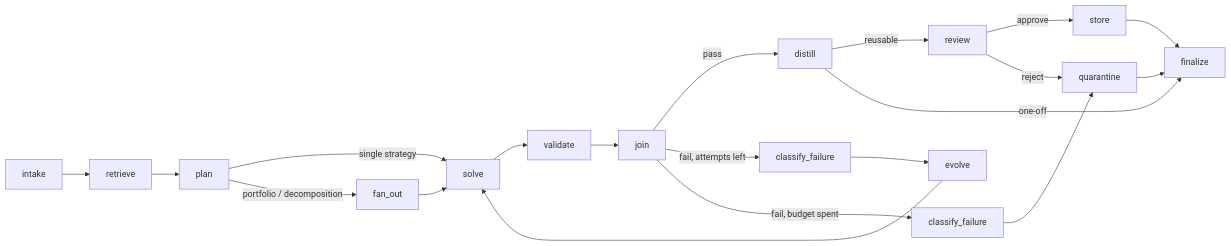
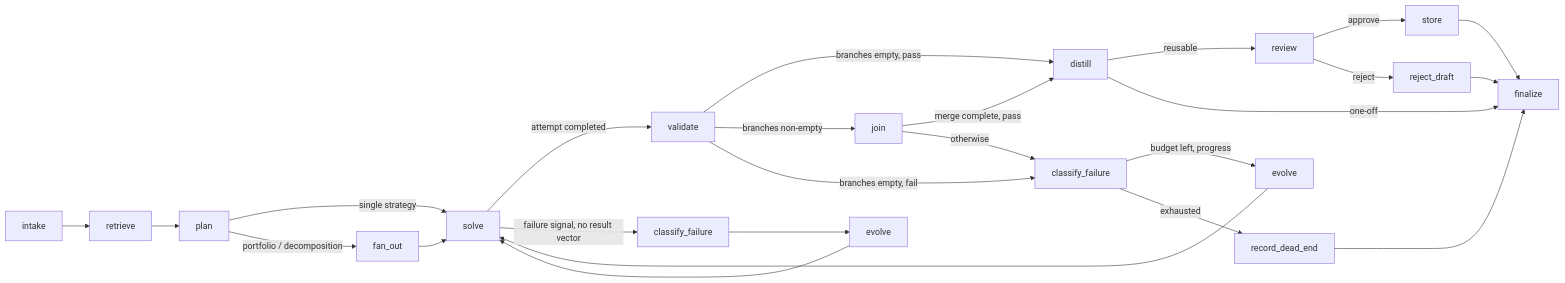
Before and after one commit to quantrobs/recertia: the second of 5 diagrams in docs/architecture.md, drawn with Mermaid. The commit also changed other lines of this file and 1 other file, not shown here.

Commit message:
Rewrite specifications.md and architecture.md against contracts/ (B1-B5)

````diff
--- a/docs/architecture.md
+++ b/docs/architecture.md
@@ -142,22 +150,27 @@
 ```mermaid
 flowchart LR
     IN[intake] --> RET[retrieve]
     RET --> PLAN[plan]
     PLAN -->|single strategy| SOLVE[solve]
     PLAN -->|"portfolio / decomposition"| FAN[fan_out]
     FAN --> SOLVE
-    SOLVE --> VAL[validate]
-    VAL --> JOIN[join]
-    JOIN -->|pass| DIST[distill]
-    JOIN -->|"fail, attempts left"| CLASS[classify_failure]
-    CLASS --> EVO[evolve]
+    SOLVE -->|"attempt completed"| VAL[validate]
+    SOLVE -->|"failure signal, no result vector"| CLASS0[classify_failure]
+    VAL -->|"branches empty, pass"| DIST[distill]
+    VAL -->|"branches non-empty"| JOIN[join]
+    VAL -->|"branches empty, fail"| CLASS[classify_failure]
+    JOIN -->|"merge complete, pass"| DIST
+    JOIN -->|"otherwise"| CLASS
+    CLASS0 --> EVO2[evolve]
+    CLASS -->|"budget left, progress"| EVO[evolve]
     EVO --> SOLVE
-    JOIN -->|"fail, budget spent"| CLASS2[classify_failure]
-    CLASS2 --> QUAR[quarantine]
+    EVO2 --> SOLVE
+    CLASS -->|"exhausted"| DEAD[record_dead_end]
     DIST -->|reusable| REV[review]
     DIST -->|one-off| DONE[finalize]
     REV -->|approve| STORE[store]
-    REV -->|reject| QUAR
+    REV -->|reject| REJ[reject_draft]
     STORE --> DONE
-    QUAR --> DONE
+    DEAD --> DONE
+    REJ --> DONE
 ```
````
